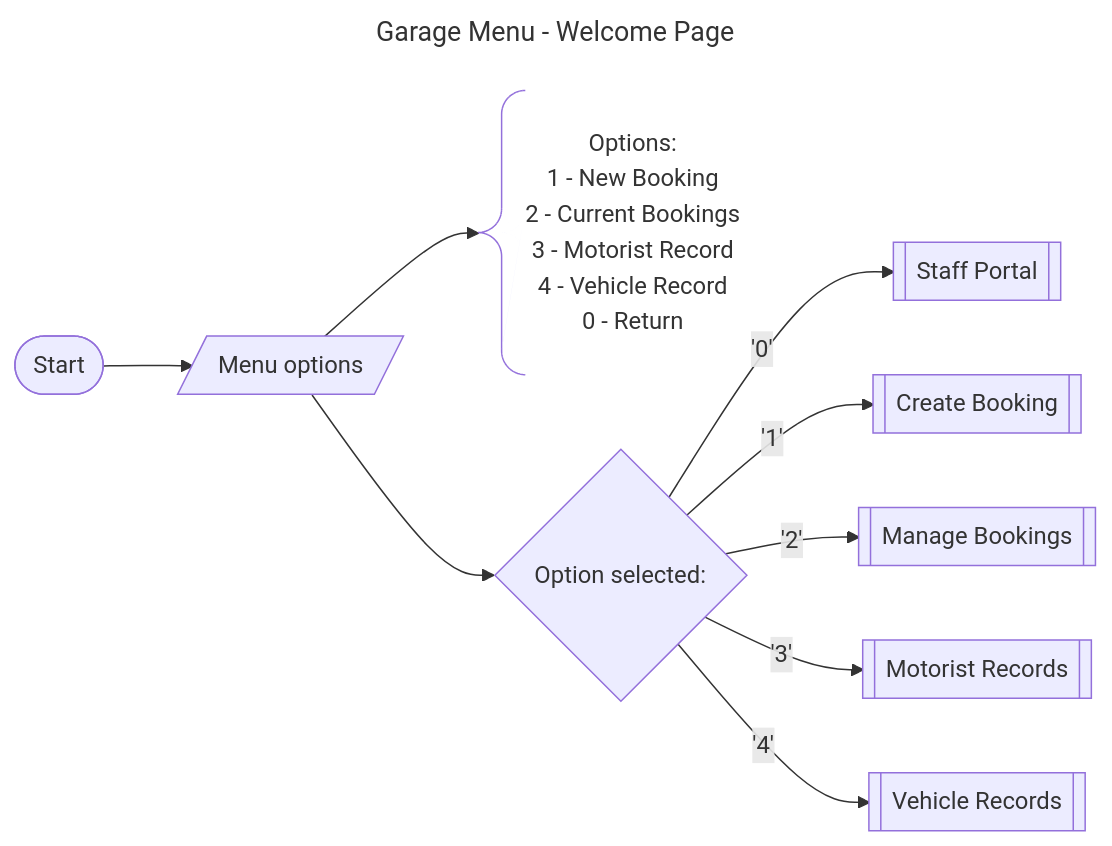
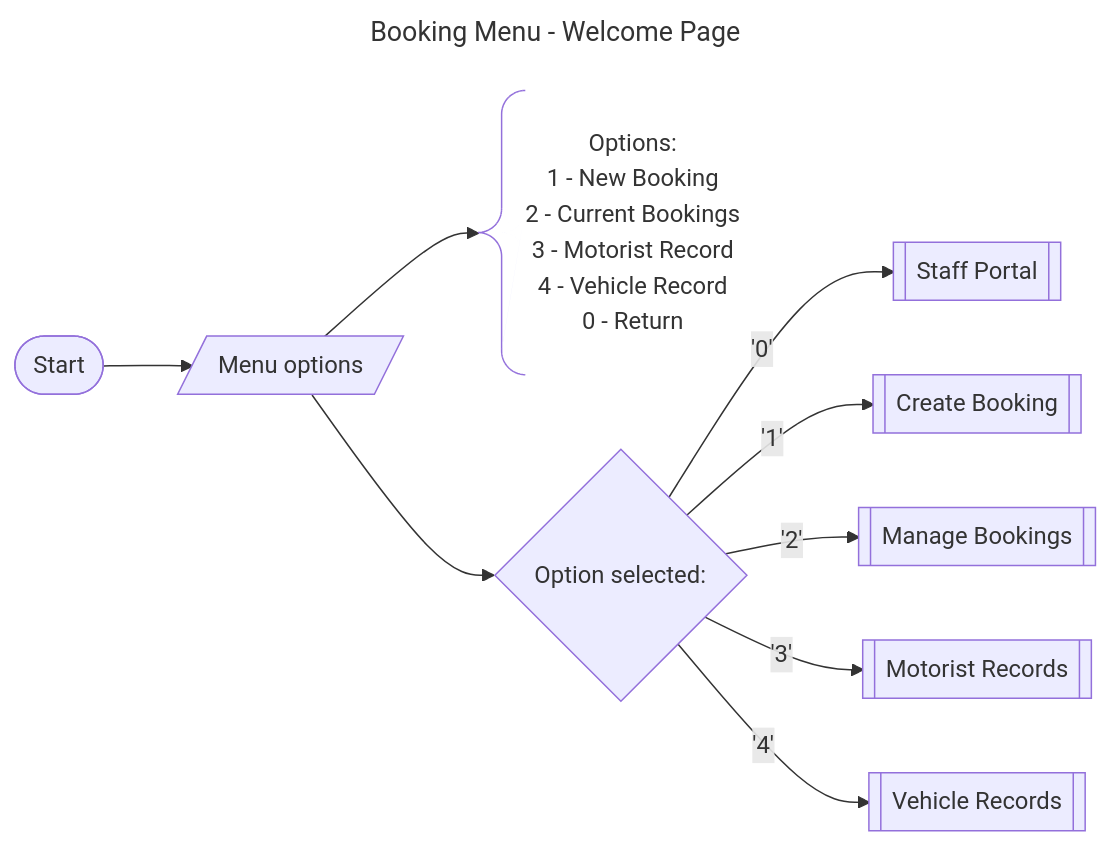
Before and after one commit to c3zbucket/advancedprogramming-project: diagram 15 of 30 in DEVELOPMENT.md, drawn with Mermaid. The commit also changed other lines of this file and 1 other file, not shown here.

First line of the commit message:
2026-04-06 20:54:50: Amend dev diary with multiple rectified flowcharts

````diff
--- a/DEVELOPMENT.md
+++ b/DEVELOPMENT.md
@@ -560,15 +577,15 @@
 ```mermaid
 ---
-title: Garage Menu - Welcome Page
+title: Booking Menu - Welcome Page
 ---
 flowchart LR 
     n1@{shape: stadium, label: "Start"}
         n1 --> n2@{shape: lean-r, label: "Menu options"}
             n2 --> n3@{shape: comment, label: "Options: \n 1 - New Booking \n 2 - Current Bookings \n 3 - Motorist Record \n 4 - Vehicle Record \n 0 - Return"}
             n2 --> n4@{shape: diamond, label: "Option selected:"}
                 n4 -- '0' --> n5@{shape: subproc, label: "Staff Portal"}
                 n4 -- '1' --> n6@{shape: subproc, label: "Create Booking"}
                 n4 -- '2' --> n7@{shape: subproc, label: "Manage Bookings"}
                 n4 -- '3' --> n8@{shape: subproc, label: "Motorist Records"}
                 n4 -- '4' --> n9@{shape: subproc, label: "Vehicle Records"}
 ```
````
